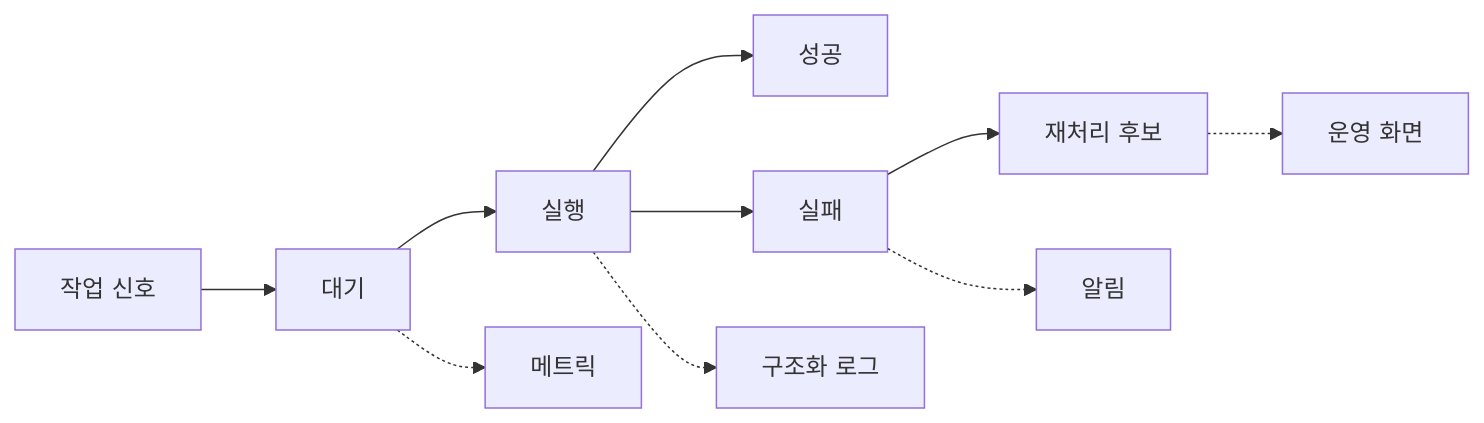
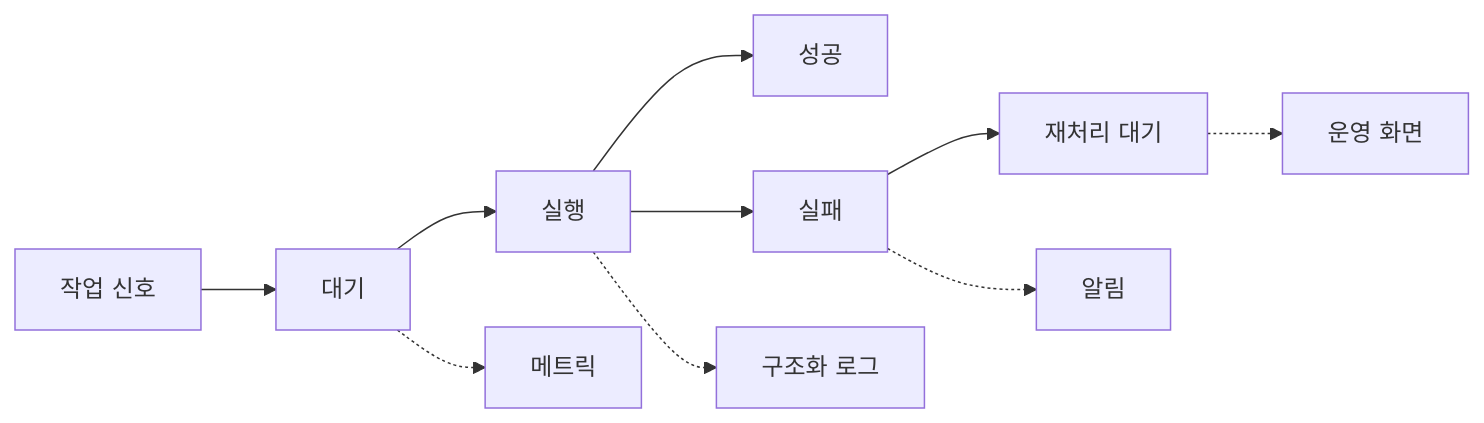
Before and after one commit to jiwon11/jiwon11.github.io: the tenth of 10 diagrams in _posts/2026-06-29-ai-conversation-post-processing-pipeline.md, drawn with Mermaid. The commit also changed other lines of this file and 6 other files, not shown here.

```diff
--- a/_posts/2026-06-29-ai-conversation-post-processing-pipeline.md
+++ b/_posts/2026-06-29-ai-conversation-post-processing-pipeline.md
@@ -347,13 +347,13 @@
 ~~~mermaid
 flowchart LR
     E["작업 신호"] --> Q["대기"]
     Q --> X["실행"]
     X --> S["성공"]
     X --> F["실패"]
-    F --> R["재처리 후보"]
+    F --> R["재처리 대기"]
 
     Q -.-> M["메트릭"]
     X -.-> L["구조화 로그"]
     F -.-> A["알림"]
     R -.-> D["운영 화면"]
 ~~~
```
